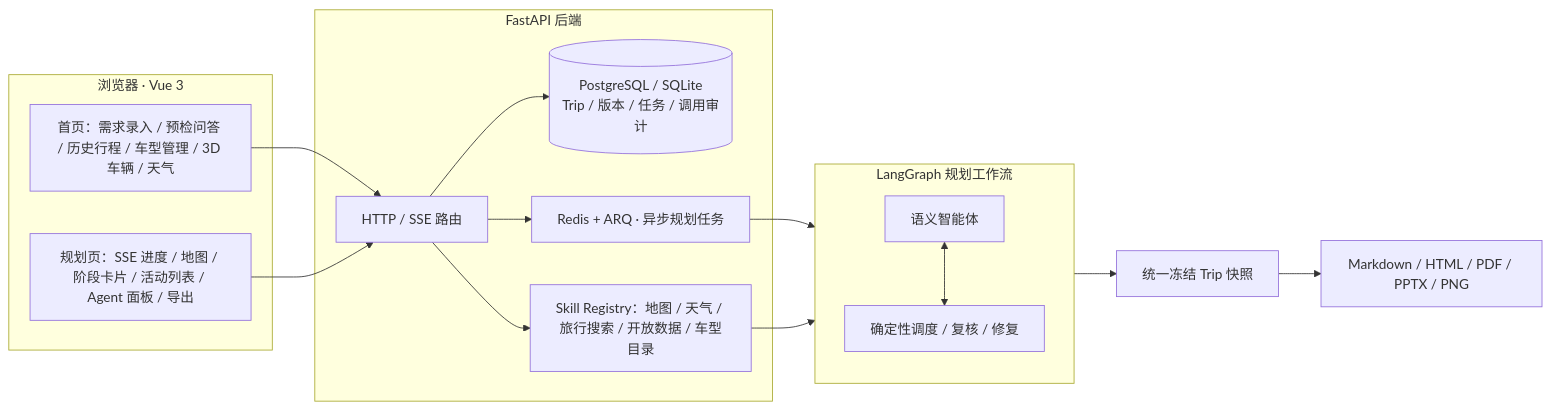
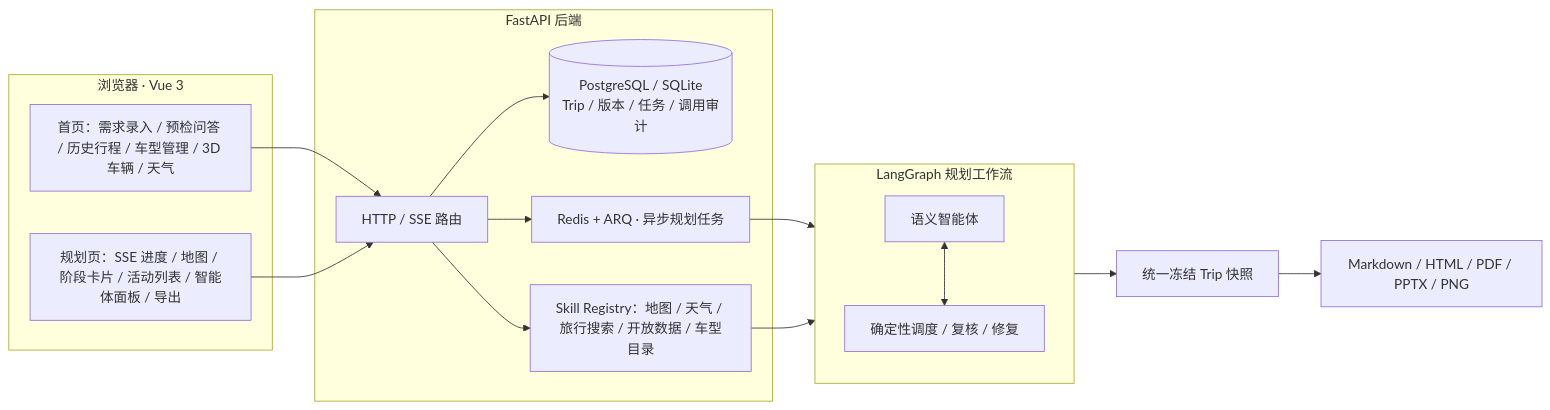
Before and after one commit to pigz2538/RoadMan-Public: the diagram in project.md, drawn with Mermaid. The commit also changed other lines of this file and 40 other files, not shown here.

````diff
--- a/project.md
+++ b/project.md
@@ -49,31 +49,31 @@
 ```mermaid
 flowchart LR
     subgraph FE["浏览器 · Vue 3"]
         A["首页：需求录入 / 预检问答 / 历史行程 / 车型管理 / 3D 车辆 / 天气"]
-        B["规划页：SSE 进度 / 地图 / 阶段卡片 / 活动列表 / Agent 面板 / 导出"]
+        B["规划页：SSE 进度 / 地图 / 阶段卡片 / 活动列表 / 智能体面板 / 导出"]
     end
 
     subgraph API["FastAPI 后端"]
         C["HTTP / SSE 路由"]
         D[("PostgreSQL / SQLite<br/>Trip / 版本 / 任务 / 调用审计")]
         E["Redis + ARQ · 异步规划任务"]
         F["Skill Registry：地图 / 天气 / 旅行搜索 / 开放数据 / 车型目录"]
     end
 
     subgraph WF["LangGraph 规划工作流"]
         G["语义智能体"]
         H["确定性调度 / 复核 / 修复"]
     end
 
     I["统一冻结 Trip 快照"] --> J["Markdown / HTML / PDF / PPTX / PNG"]
 
     A --> C
     B --> C
     C --> D
     C --> E
     C --> F
     E --> WF
     F --> WF
     G <--> H
     WF --> I
 ```
````
